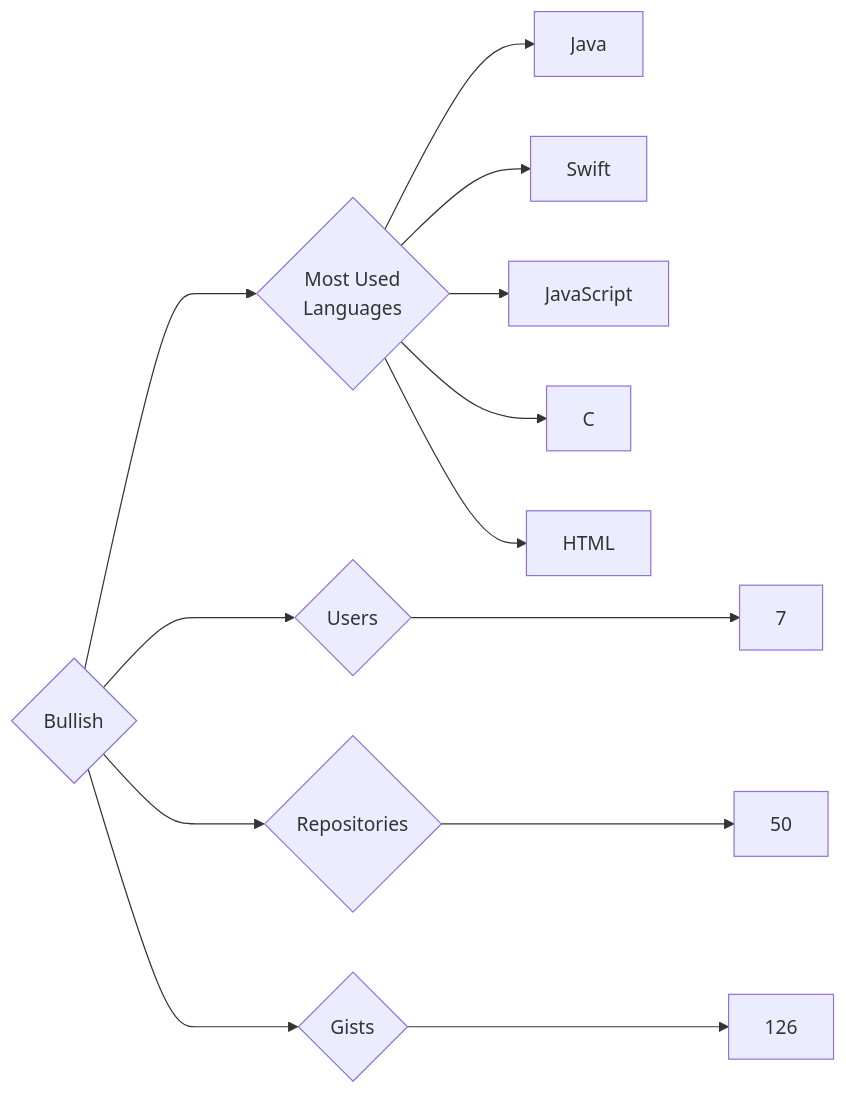
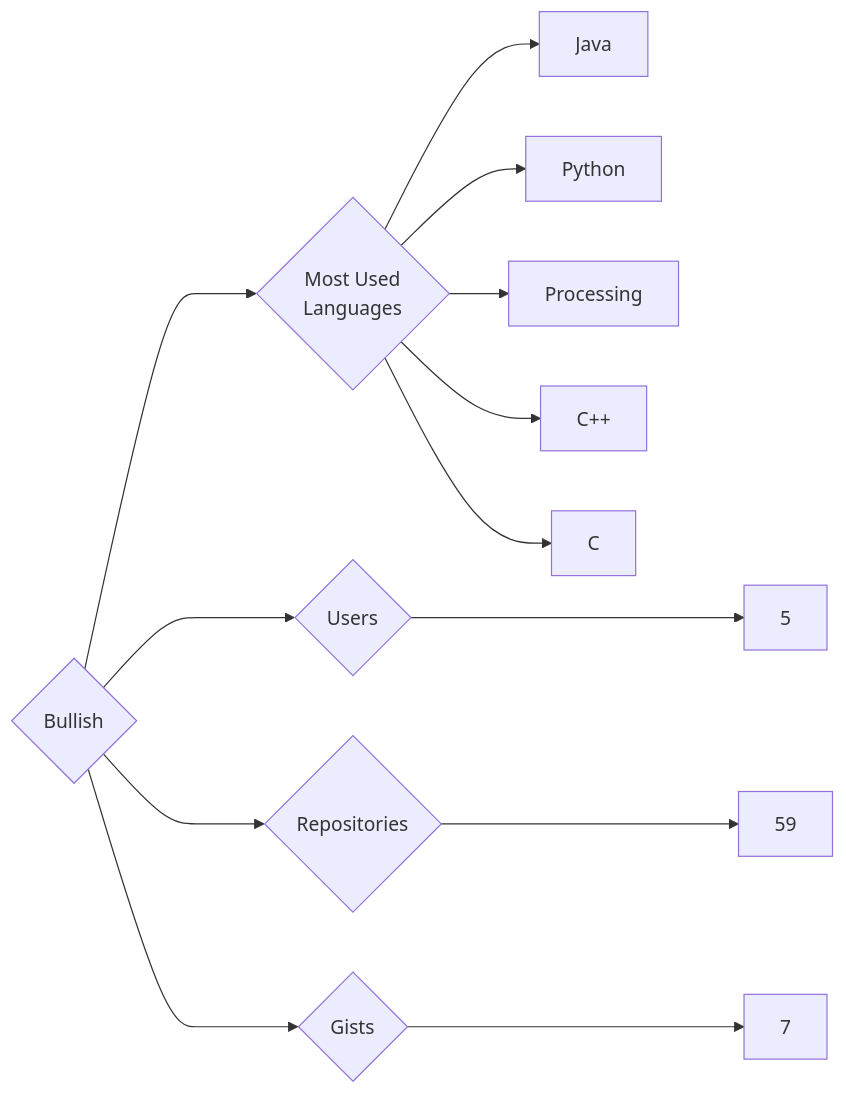
The diagram in targets/Bullish/README.md (trickest/insiders), drawn with Mermaid before and after one commit. The commit also changed 1238 other files, not shown here.

````diff
--- a/targets/Bullish/README.md
+++ b/targets/Bullish/README.md
@@ -3,13 +3,13 @@
 ```mermaid
 graph LR
 COMPANY_NAME{Bullish}
-COMPANY_NAME ---> U{Users} ---> UN[7]
-COMPANY_NAME ---> R{Repositories} ---> RN[50]
-COMPANY_NAME ---> G{Gists} ---> GN[126]
+COMPANY_NAME ---> U{Users} ---> UN[5]
+COMPANY_NAME ---> R{Repositories} ---> RN[59]
+COMPANY_NAME ---> G{Gists} ---> GN[7]
 COMPANY_NAME ---> ML{Most Used<br>Languages}
 ML --> Java[Java]
-ML --> Swift[Swift]
-ML --> JavaScript[JavaScript]
+ML --> Python[Python]
+ML --> Processing[Processing]
+ML --> C++[C++]
 ML --> C[C]
-ML --> HTML[HTML]
 ```
````
